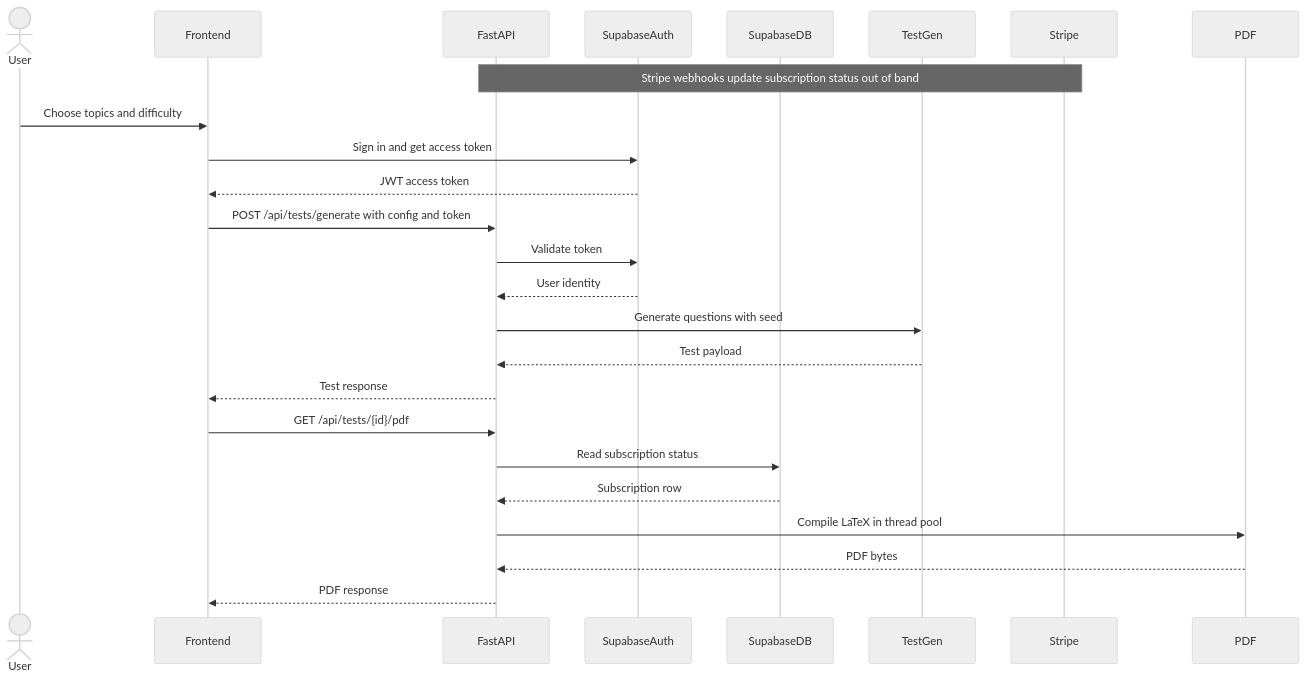
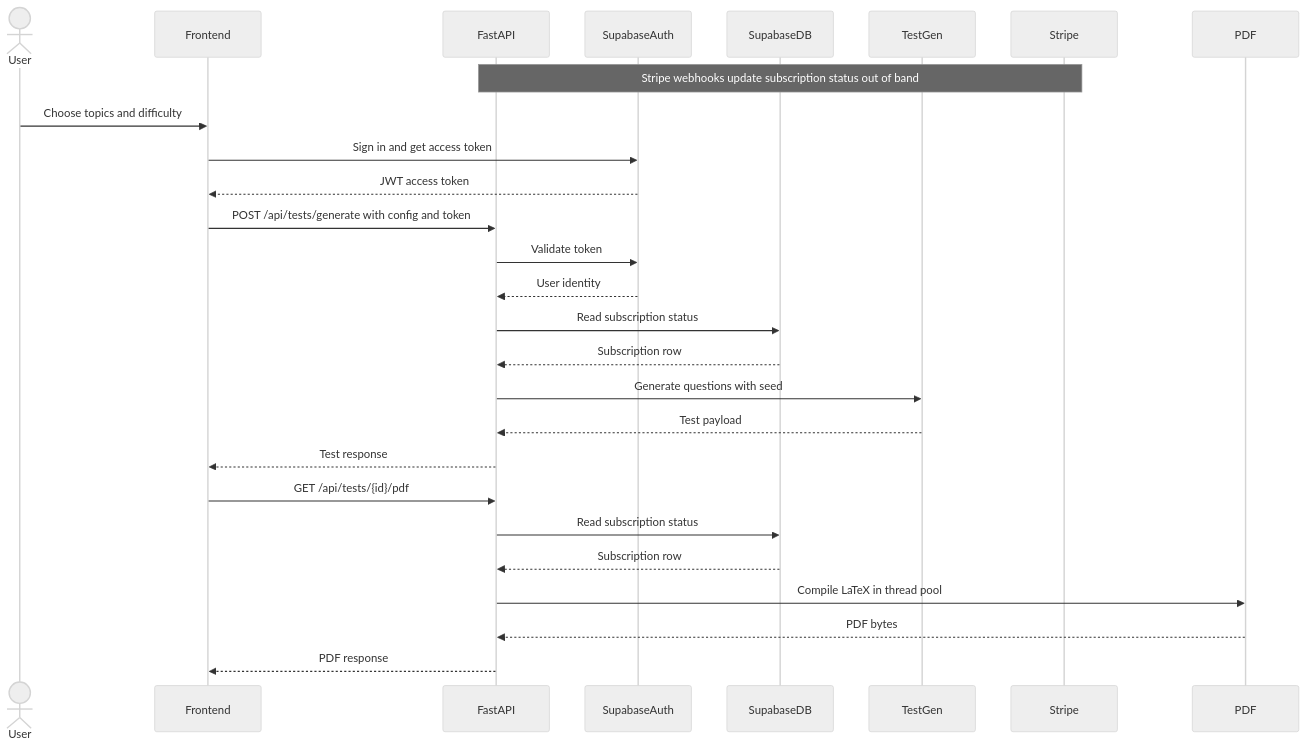
One commit to Aditya-Tripuraneni/Praxis changed the third of 4 diagrams in README.md. Above: the diagram before and after it, drawn with Mermaid (neutral theme).

Commit message:
Potential fix for pull request finding

````diff
--- a/README.md
+++ b/README.md
@@ -106,29 +106,31 @@
 ```mermaid
 sequenceDiagram
   actor User
   participant Frontend
   participant FastAPI
   participant SupabaseAuth
   participant SupabaseDB
   participant TestGen
   participant Stripe
   participant PDF
 
   Note over Stripe,FastAPI: Stripe webhooks update subscription status out of band
 
   User->>Frontend: Choose topics and difficulty
   Frontend->>SupabaseAuth: Sign in and get access token
   SupabaseAuth-->>Frontend: JWT access token
   Frontend->>FastAPI: POST /api/tests/generate with config and token
   FastAPI->>SupabaseAuth: Validate token
   SupabaseAuth-->>FastAPI: User identity
+  FastAPI->>SupabaseDB: Read subscription status
+  SupabaseDB-->>FastAPI: Subscription row
   FastAPI->>TestGen: Generate questions with seed
   TestGen-->>FastAPI: Test payload
   FastAPI-->>Frontend: Test response
   Frontend->>FastAPI: GET /api/tests/{id}/pdf
   FastAPI->>SupabaseDB: Read subscription status
   SupabaseDB-->>FastAPI: Subscription row
   FastAPI->>PDF: Compile LaTeX in thread pool
   PDF-->>FastAPI: PDF bytes
   FastAPI-->>Frontend: PDF response
 ```
````
